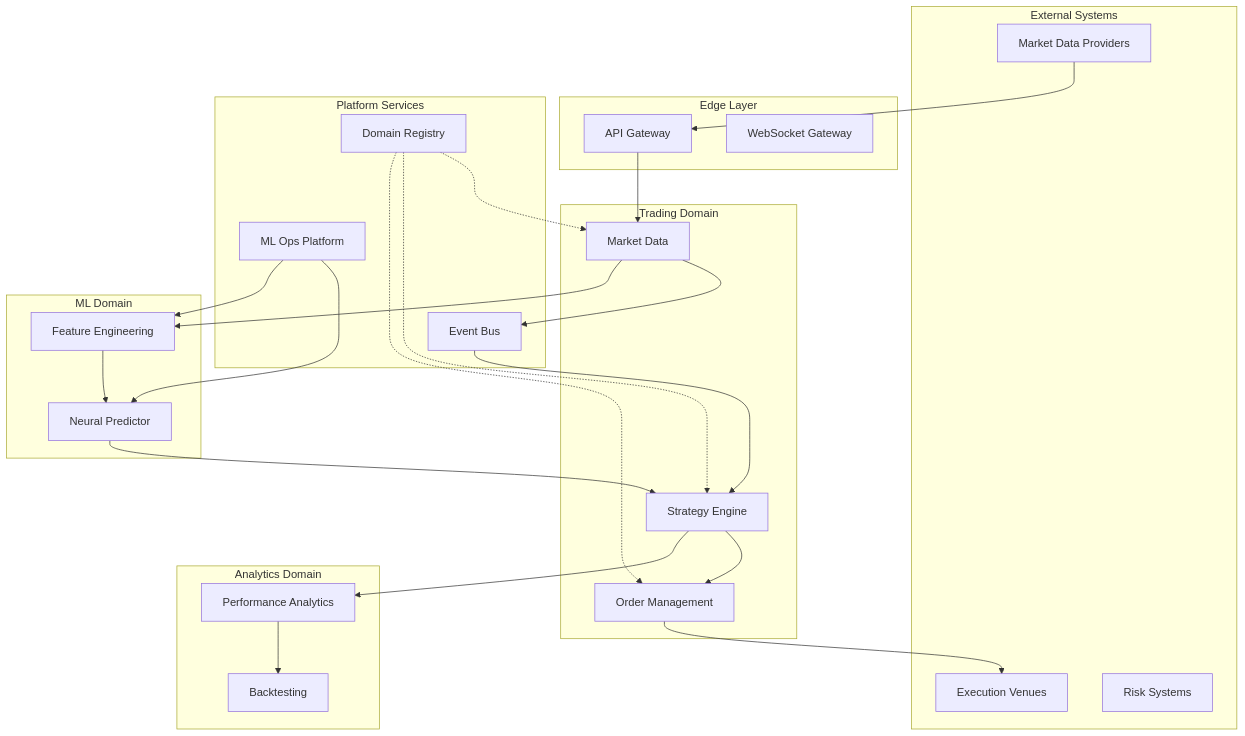
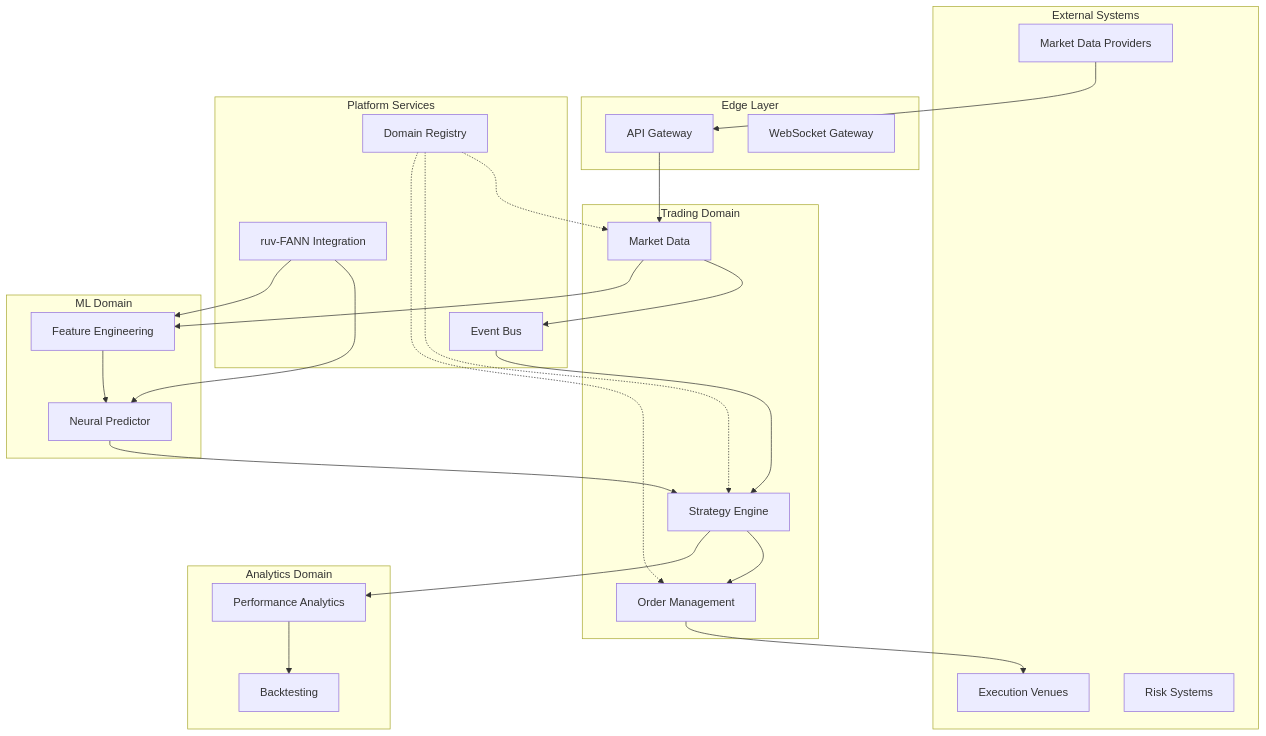
Before and after one commit to dug-21/neural-data-platform: the diagram in product/features/v2Planning/phase3/architecture/system-architecture.md, drawn with Mermaid. The commit also changed other lines of this file and 35 other files, not shown here.

First line of the commit message:
docs(phase3): add comprehensive architecture and implementation documentation

````diff
--- a/product/features/v2Planning/phase3/architecture/system-architecture.md
+++ b/product/features/v2Planning/phase3/architecture/system-architecture.md
@@ -208,56 +198,56 @@
 ```mermaid
 graph TB
     subgraph "External Systems"
         EX1[Market Data Providers]
         EX2[Execution Venues]
         EX3[Risk Systems]
     end
     
     subgraph "Edge Layer"
         GW[API Gateway]
         WS[WebSocket Gateway]
     end
     
     subgraph "Platform Services"
         EB[Event Bus]
         DR[Domain Registry]
-        ML[ML Ops Platform]
+        FANN[ruv-FANN Integration]
     end
     
     subgraph "Trading Domain"
         MD[Market Data]
         SE[Strategy Engine]
         OM[Order Management]
     end
     
     subgraph "Analytics Domain"
         PA[Performance Analytics]
         BT[Backtesting]
     end
     
     subgraph "ML Domain"
         NP[Neural Predictor]
         FE[Feature Engineering]
     end
     
     EX1 --> GW
     GW --> MD
     MD --> EB
     EB --> SE
     SE --> OM
     OM --> EX2
     
     MD --> FE
     FE --> NP
     NP --> SE
     
     SE --> PA
     PA --> BT
     
     DR -.-> MD
     DR -.-> SE
     DR -.-> OM
     
-    ML --> NP
-    ML --> FE
+    FANN --> NP
+    FANN --> FE
 ```
````
